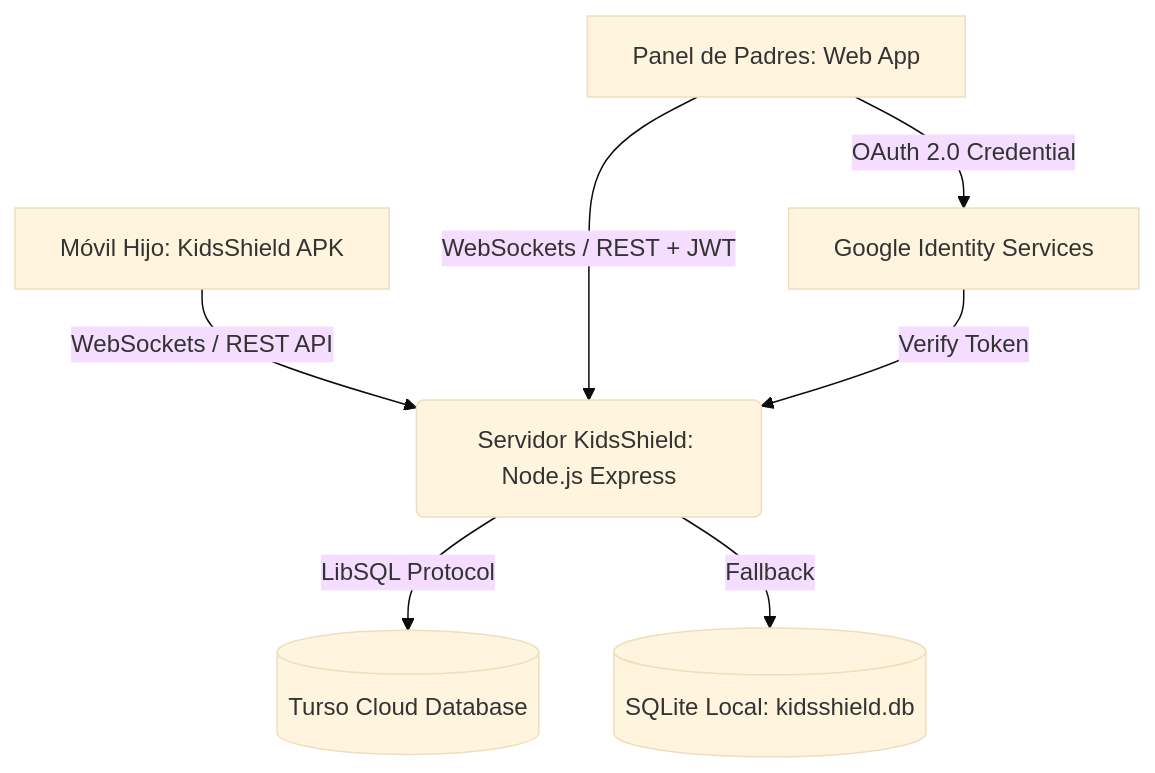
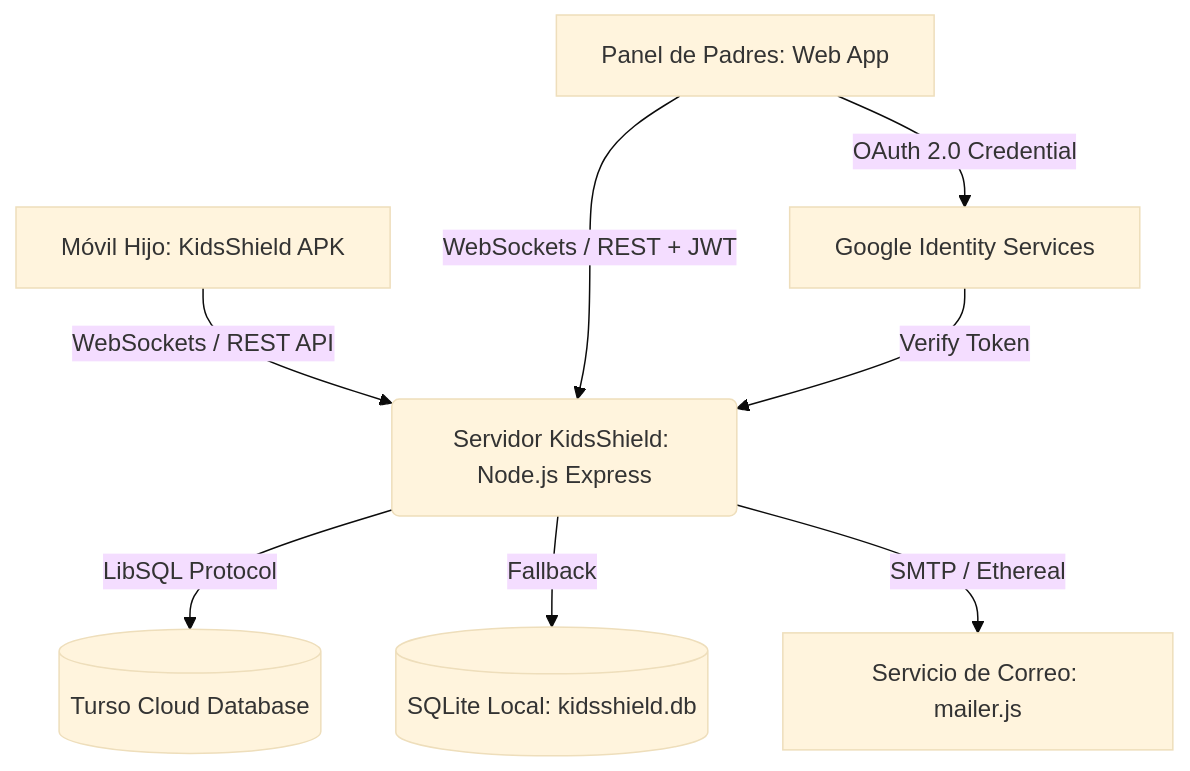
The diagram in README.md (sebastianbriones-g/KidsShield), drawn with Mermaid (base theme) before and after one commit. The commit also changed other lines of this file and 2 other files, not shown here.

````diff
--- a/README.md
+++ b/README.md
@@ -45,9 +53,10 @@
 ```mermaid
 graph TD
     A[Móvil Hijo: KidsShield APK] -->|WebSockets / REST API| B(Servidor KidsShield: Node.js Express)
     C[Panel de Padres: Web App] -->|WebSockets / REST + JWT| B
     B -->|LibSQL Protocol| D[(Turso Cloud Database)]
     B -->|Fallback| E[(SQLite Local: kidsshield.db)]
     C -->|OAuth 2.0 Credential| F[Google Identity Services]
     F -->|Verify Token| B
+    B -->|SMTP / Ethereal| G[Servicio de Correo: mailer.js]
 ```
````
